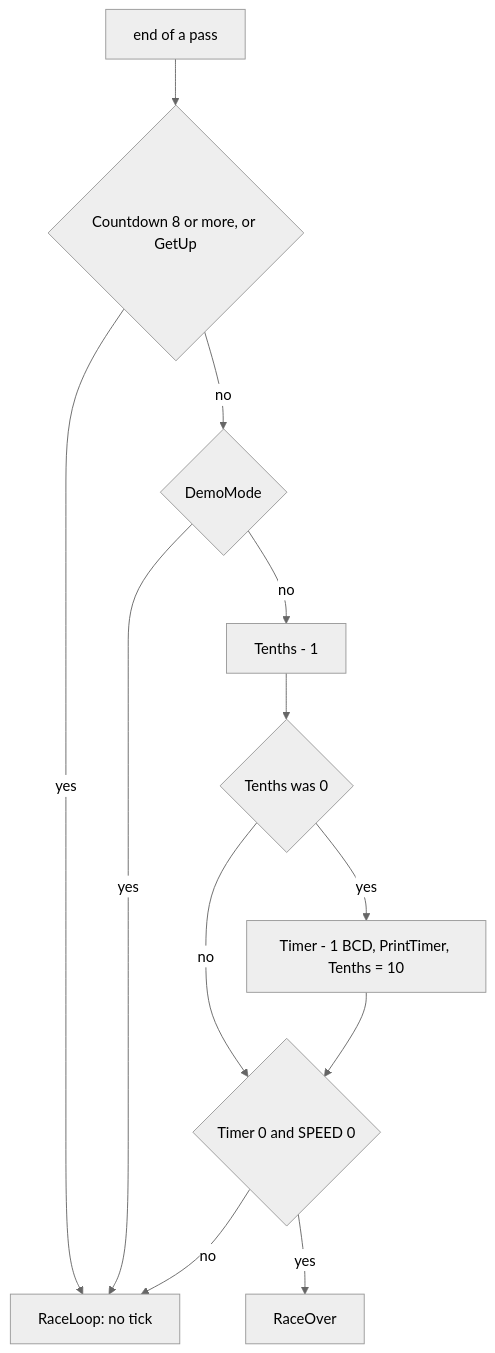
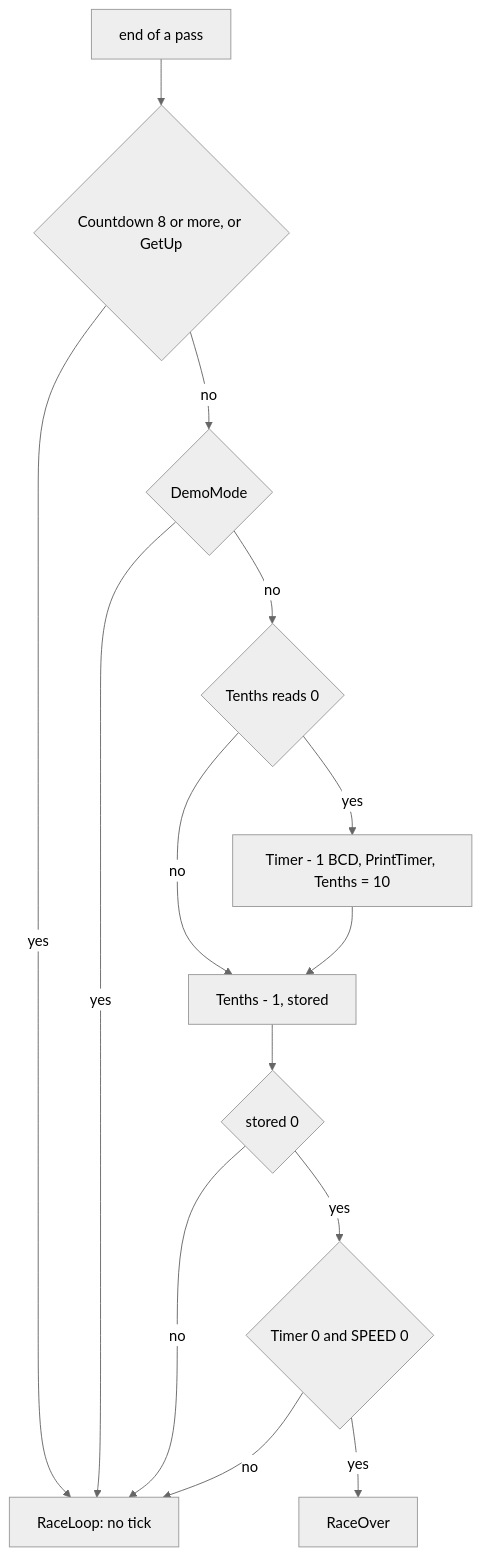
The eighth of 9 diagrams in games/enduro-racer/docs/04-game-loop.md (alfishe/unrealng-reverse-cases), drawn with Mermaid (neutral theme) before and after one commit. The commit also changed other lines of this file and 29 other files, not shown here.

````diff
--- a/games/enduro-racer/docs/04-game-loop.md
+++ b/games/enduro-racer/docs/04-game-loop.md
@@ -731,14 +734,16 @@
 ```mermaid
 flowchart TD
     A["end of a pass"] --> B{"Countdown 8 or more, or GetUp"}
     B -->|yes| Z["RaceLoop: no tick"]
     B -->|no| C{"DemoMode"}
     C -->|yes| Z
-    C -->|no| D["Tenths - 1"]
-    D --> E{"Tenths was 0"}
+    C -->|no| E{"Tenths reads 0"}
     E -->|yes| F["Timer - 1 BCD, PrintTimer, Tenths = 10"]
-    E -->|no| G{"Timer 0 and SPEED 0"}
-    F --> G
+    E -->|no| D["Tenths - 1, stored"]
+    F --> D
+    D --> T{"stored 0"}
+    T -->|no| Z
+    T -->|yes| G{"Timer 0 and SPEED 0"}
     G -->|no| Z
     G -->|yes| H["RaceOver"]
 ```
````
